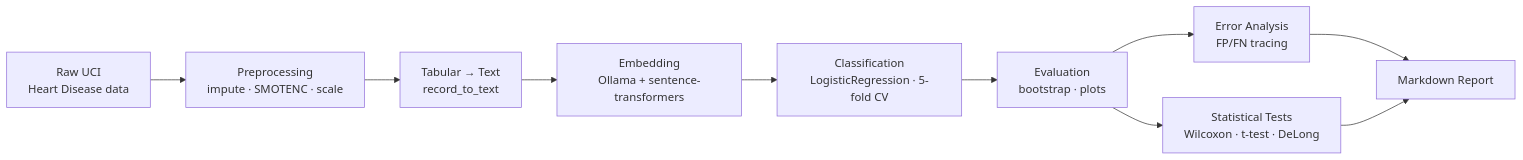
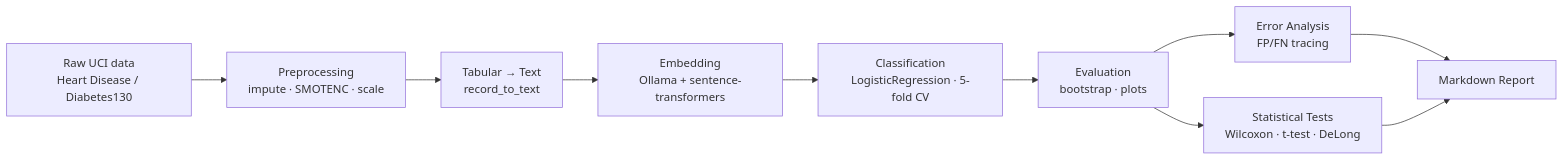
Before and after one commit to KevinPasquale88/Forecast: the diagram in README.md, drawn with Mermaid. The commit also changed other lines of this file and 1 other file, not shown here.

````diff
--- a/README.md
+++ b/README.md
@@ -5,12 +5,12 @@
 ```mermaid
 flowchart LR
-    A[Raw UCI\nHeart Disease data] --> B[Preprocessing\nimpute · SMOTENC · scale]
+    A[Raw UCI data\nHeart Disease / Diabetes130] --> B[Preprocessing\nimpute · SMOTENC · scale]
     B --> C[Tabular → Text\nrecord_to_text]
     C --> D[Embedding\nOllama + sentence-transformers]
     D --> E[Classification\nLogisticRegression · 5-fold CV]
     E --> F[Evaluation\nbootstrap · plots]
     F --> G[Error Analysis\nFP/FN tracing]
     F --> H[Statistical Tests\nWilcoxon · t-test · DeLong]
     G --> I[Markdown Report]
     H --> I
 ```
````
